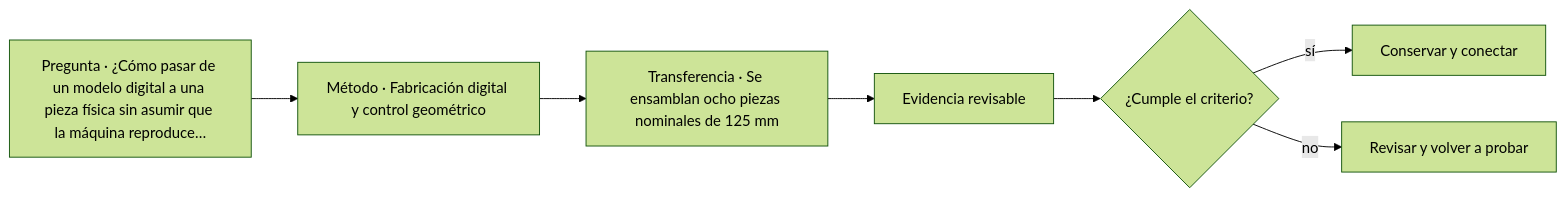
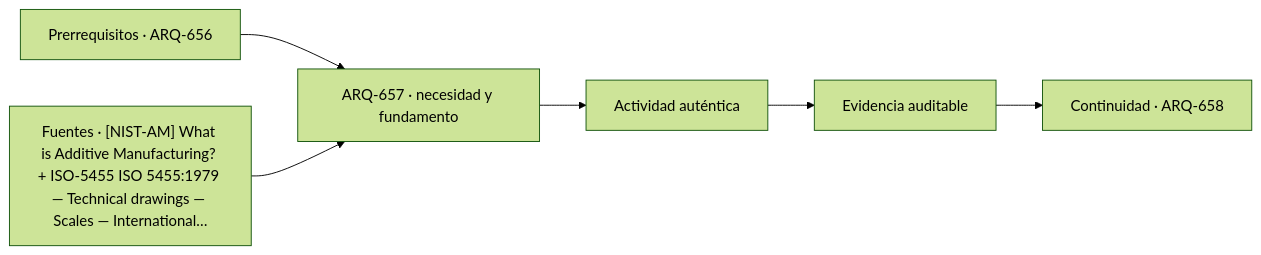
Before and after one commit to vladimiracunadev-create/architecture-built-environment-learning-program: the diagram in classes/parte-66/ARQ-657.md, drawn with Mermaid (forest theme). The commit also changed other lines of this file and 761 other files, not shown here.

````diff
--- a/classes/parte-66/ARQ-657.md
+++ b/classes/parte-66/ARQ-657.md
@@ -66,9 +78,8 @@
 ```mermaid
 flowchart LR
-    Q["Pregunta · ¿Cómo pasar de un modelo digital a una pieza física sin asumir que la máquina reproduce…"] --> M["Método · Fabricación digital y control geométrico"]
-    M --> P["Transferencia · Se ensamblan ocho piezas nominales de 125 mm"]
-    P --> E["Evidencia revisable"]
-    E --> C{"¿Cumple el criterio?"}
-    C -->|sí| T["Conservar y conectar"]
-    C -->|no| R["Revisar y volver a probar"]
+    A["Prerrequisitos · ARQ-656"] --> B["ARQ-657 · necesidad y fundamento"]
+    S["Fuentes · [NIST-AM] What is Additive Manufacturing? + ISO-5455 ISO 5455:1979 — Technical drawings — Scales — International…"] --> B
+    B --> C["Actividad auténtica"]
+    C --> D["Evidencia auditable"]
+    D --> E["Continuidad · ARQ-658"]
 ```
````
